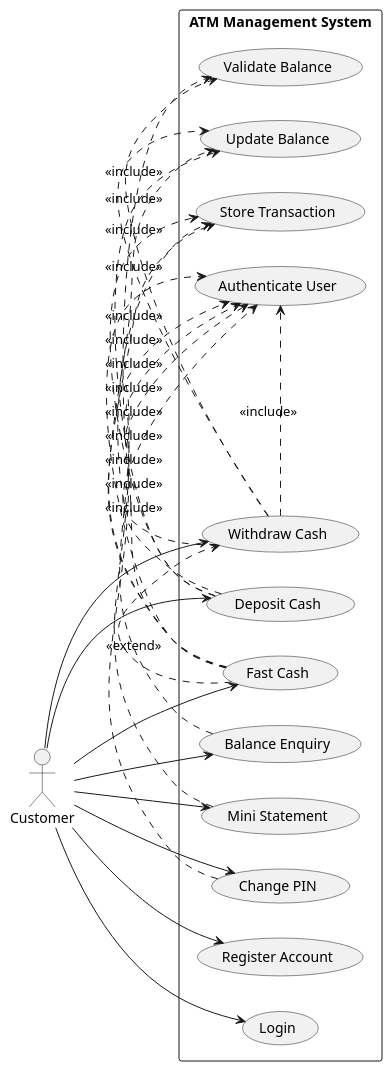
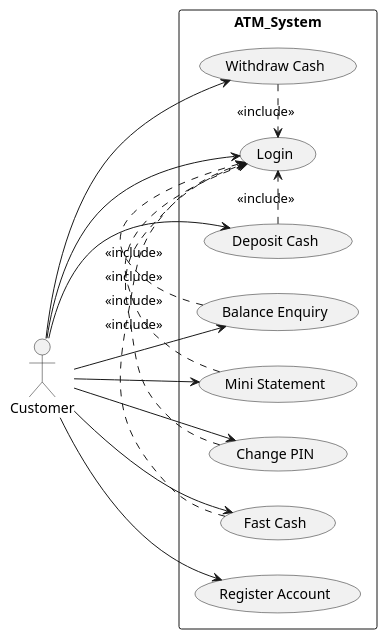
Before and after one commit to Midujiekong/dataset: the diagram in projects/atm_management_system/use_case_diagram.puml, drawn with PlantUML. The commit also changed 6 other files, not shown here.

```diff
--- a/projects/atm_management_system/use_case_diagram.puml
+++ b/projects/atm_management_system/use_case_diagram.puml
@@ -1,54 +1,33 @@
 @startuml
-
 left to right direction
-skinparam packageStyle rectangle
 
 actor Customer
 
-rectangle "ATM Management System" {
-
-    usecase "Register Account" as UC1
-    usecase "Login" as UC2
-    usecase "Withdraw Cash" as UC3
-    usecase "Deposit Cash" as UC4
-    usecase "Fast Cash" as UC5
-    usecase "Balance Enquiry" as UC6
-    usecase "Mini Statement" as UC7
-    usecase "Change PIN" as UC8
-
-    usecase "Authenticate User" as AUTH
-    usecase "Validate Balance" as BAL
-    usecase "Update Balance" as UPD
-    usecase "Store Transaction" as TXN
+rectangle ATM_System {
+  usecase "Register Account" as UC1
+  usecase "Login" as UC2
+  usecase "Withdraw Cash" as UC3
+  usecase "Deposit Cash" as UC4
+  usecase "Balance Enquiry" as UC5
+  usecase "Mini Statement" as UC6
+  usecase "Change PIN" as UC7
+  usecase "Fast Cash" as UC8
 }
 
 Customer --> UC1
 Customer --> UC2
 Customer --> UC3
 Customer --> UC4
 Customer --> UC5
 Customer --> UC6
 Customer --> UC7
 Customer --> UC8
 
-UC3 .> AUTH : <<include>>
-UC4 .> AUTH : <<include>>
-UC5 .> AUTH : <<include>>
-UC6 .> AUTH : <<include>>
-UC7 .> AUTH : <<include>>
-UC8 .> AUTH : <<include>>
-
-UC3 .> BAL : <<include>>
-UC5 .> BAL : <<include>>
-
-UC3 .> UPD : <<include>>
-UC4 .> UPD : <<include>>
-UC5 .> UPD : <<include>>
-
-UC3 .> TXN : <<include>>
-UC4 .> TXN : <<include>>
-UC5 .> TXN : <<include>>
-
-UC5 .> UC3 : <<extend>>
+UC3 .> UC2 : <<include>>
+UC4 .> UC2 : <<include>>
+UC5 .> UC2 : <<include>>
+UC6 .> UC2 : <<include>>
+UC7 .> UC2 : <<include>>
+UC8 .> UC2 : <<include>>
 
 @enduml
```
